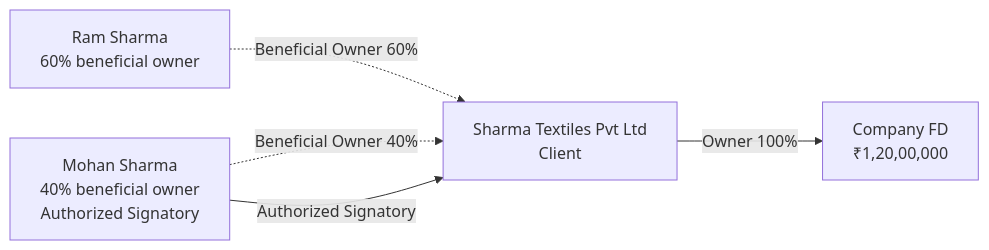
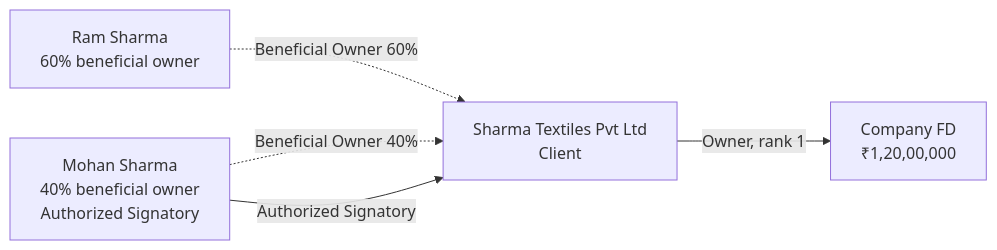
The first of 2 diagrams in docs/05-examples/company-and-huf.md (knapsfs/dhanada), drawn with Mermaid before and after one commit. The commit also changed other lines of this file and 35 other files, not shown here.

````diff
--- a/docs/05-examples/company-and-huf.md
+++ b/docs/05-examples/company-and-huf.md
@@ -47,12 +47,12 @@
 ```mermaid
 flowchart LR
     RAM["Ram Sharma<br/>60% beneficial owner"]
     MOH["Mohan Sharma<br/>40% beneficial owner<br/>Authorized Signatory"]
     CO["Sharma Textiles Pvt Ltd<br/>Client"]
     FD["Company FD<br/>₹1,20,00,000"]
 
     RAM -.->|Beneficial Owner 60%| CO
     MOH -.->|Beneficial Owner 40%| CO
     MOH -->|Authorized Signatory| CO
-    CO -->|Owner 100%| FD
+    CO -->|Owner, rank 1| FD
 ```
````
